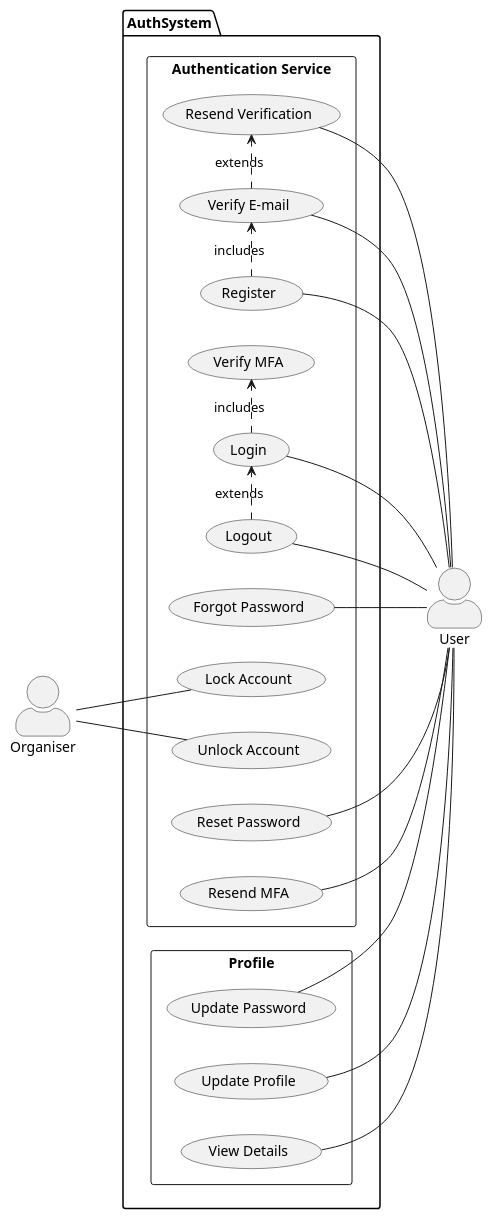
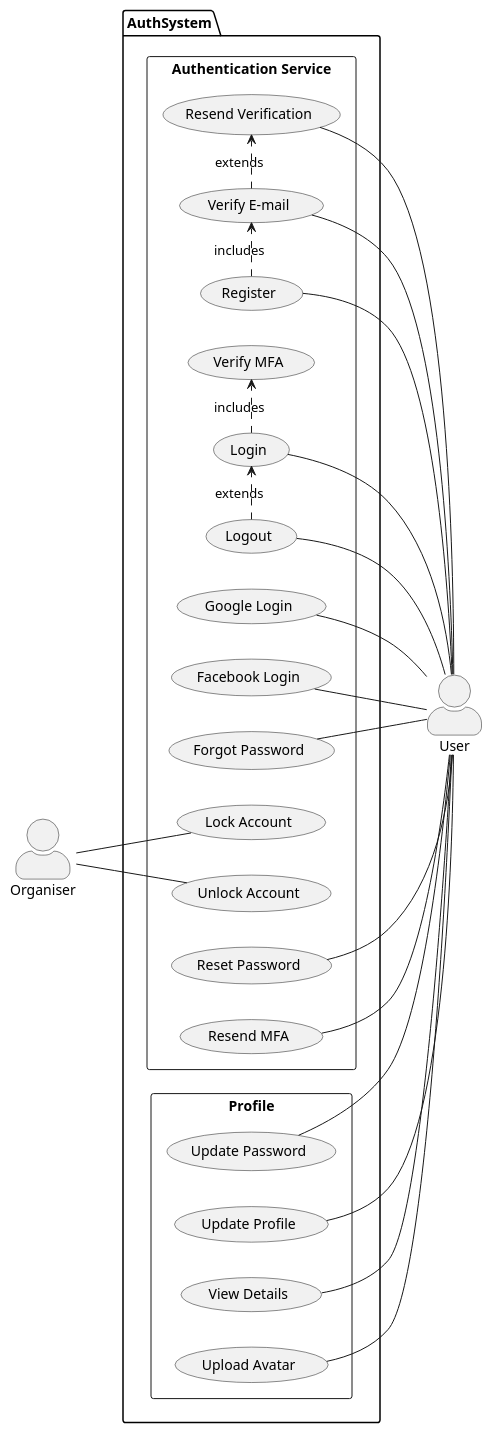
The diagram in uml-designs/use-cases/auth.puml (sabin2000pro/EtherTix), drawn with PlantUML before and after one commit. The commit also changed 3 other files, not shown here.

Commit message:
Working on UML designs for the system'

```diff
--- a/uml-designs/use-cases/auth.puml
+++ b/uml-designs/use-cases/auth.puml
@@ -1,60 +1,68 @@
 @startuml
 
 skinparam actorStyle awesome
 
 actor User as "User"
 actor Organiser as "Organiser"
 
 package AuthSystem {
 
     left to right direction
 
     rectangle "Authentication Service" {
 
         (Register) as (Register)
+        (Google Login) as (Google)
+        (Facebook Login) as (Facebook)
         (Logout) as (Logout)
         (Verify E-mail) as (Verify)
         (Resend MFA) as (ResendMFA)
         (Login) as (Login)
         (Lock Account) as (Lock)
         (Unlock Account) as (Unlock)
         (Resend Verification) as (Resend)
         
         (Forgot Password) as (Forgot)
         (Reset Password) as (Reset)
         (Verify MFA) as (MFA)
 }
 
 left to right direction
 rectangle "Profile" {
     
     (Update Password) as (Update)
     (Update Profile) as (UpdateProfile)
     (View Details) as (View)
+    (Upload Avatar) as (Upload)
 
     (Update) -- User
     (UpdateProfile) -- User
 
     (View) -- User
+    (Upload) -- User
 }
 
         (Register) --  User
         (Login) --  User
         (Logout) -- User
+
         User -- (Forgot)
         User -- (Reset)
+        User -- (Google)
+        User -- (Facebook)
+
         (Resend) -- User
         (ResendMFA) -- User
         (Verify) -- User
 
         Organiser -- (Lock)
         Organiser -- (Unlock)
 
         (Register) .> (Verify) : includes
         (Verify) .> (Resend) : extends
         (Login) .> (MFA) : includes
         (Logout) .> (Login) : extends
 }
 
 
 @enduml
```
